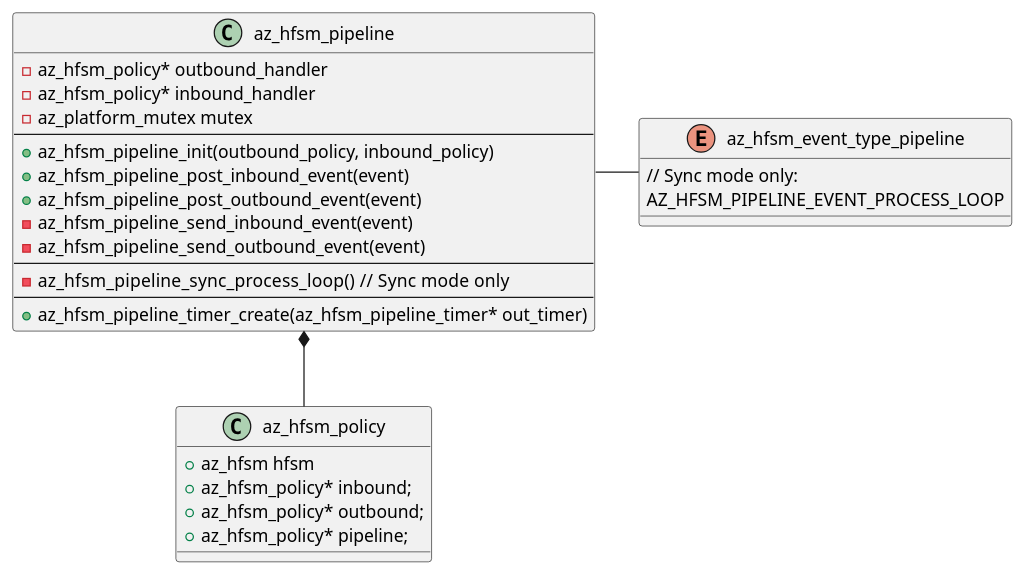
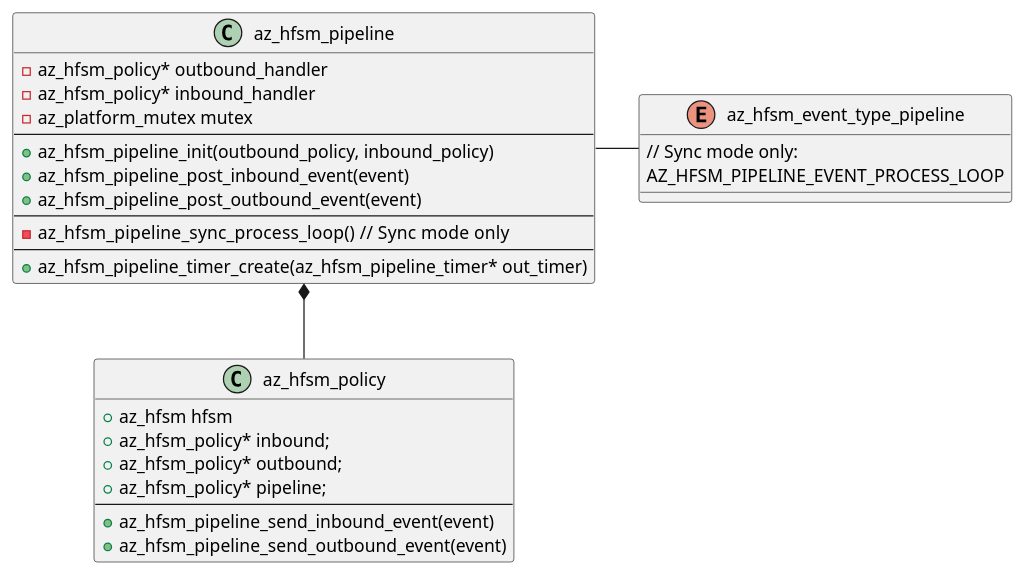
Before and after one commit to vaavva/azure-sdk-for-c-hfsm: the diagram in sdk/docs/core/resources/core_hfsm_pipeline_architecture.puml, drawn with PlantUML.

Commit message:
Update PUML.

```diff
--- a/sdk/docs/core/resources/core_hfsm_pipeline_architecture.puml
+++ b/sdk/docs/core/resources/core_hfsm_pipeline_architecture.puml
@@ -1,37 +1,38 @@
 @startuml
 
 class az_hfsm_policy 
 {
     +az_hfsm hfsm
     +az_hfsm_policy* inbound;
     +az_hfsm_policy* outbound;
     +az_hfsm_policy* pipeline;
+    ---
+    +az_hfsm_pipeline_send_inbound_event(event)
+    +az_hfsm_pipeline_send_outbound_event(event)
 }
 
 class az_hfsm_pipeline
 {
     -az_hfsm_policy* outbound_handler
     -az_hfsm_policy* inbound_handler
     -az_platform_mutex mutex
     ---
     +az_hfsm_pipeline_init(outbound_policy, inbound_policy)
     +az_hfsm_pipeline_post_inbound_event(event)
     +az_hfsm_pipeline_post_outbound_event(event)
-    -az_hfsm_pipeline_send_inbound_event(event)
-    -az_hfsm_pipeline_send_outbound_event(event)
     ---
     -az_hfsm_pipeline_sync_process_loop()   // Sync mode only
     ---
     +az_hfsm_pipeline_timer_create(az_hfsm_pipeline_timer* out_timer)
 }
 
 enum az_hfsm_event_type_pipeline
 {
     // Sync mode only:
     AZ_HFSM_PIPELINE_EVENT_PROCESS_LOOP
 }
 
 az_hfsm_pipeline *-- az_hfsm_policy
 az_hfsm_pipeline - az_hfsm_event_type_pipeline
 
 @enduml
```
